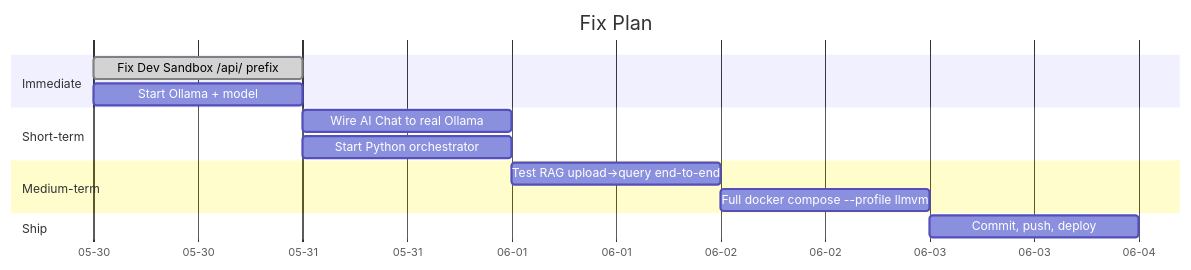
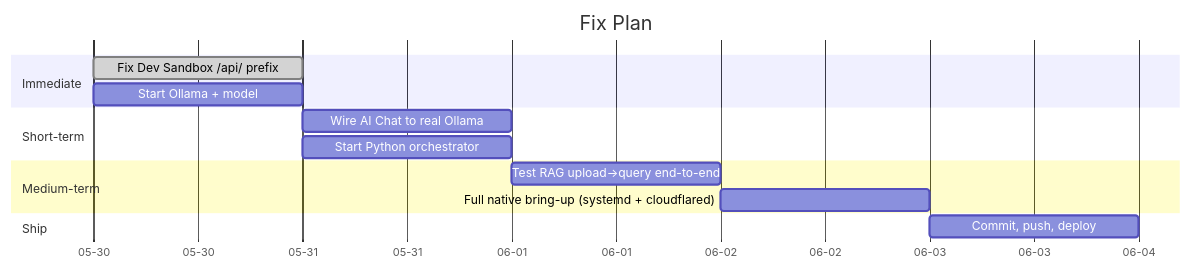
One commit to nrupala/aetheris changed the third of 3 diagrams in docs/diagrams/system-flow.md. Above: the diagram before and after it, drawn with Mermaid. The commit also changed other lines of this file and 42 other files, not shown here.

First line of the commit message:
feat: cut Aetheris Core deploy from Docker to native systemd + security purge

````diff
--- a/docs/diagrams/system-flow.md
+++ b/docs/diagrams/system-flow.md
@@ -167,21 +168,21 @@
 ```mermaid
 gantt
     title Fix Plan
     dateFormat  YYYY-MM-DD
     axisFormat  %m-%d
     
     section Immediate
     Fix Dev Sandbox /api/ prefix    :done, a1, 2026-05-30, 1d
     Start Ollama + model            :a2, 2026-05-30, 1d
     
     section Short-term
     Wire AI Chat to real Ollama      :a3, after a2, 1d
     Start Python orchestrator        :a4, after a2, 1d
     
     section Medium-term
     Test RAG upload→query end-to-end  :a5, after a4, 1d
-    Full docker compose --profile llmvm :a6, after a5, 1d
+    Full native bring-up (systemd + cloudflared) :a6, after a5, 1d
     
     section Ship
     Commit, push, deploy             :a7, after a6, 1d
 ```
````
